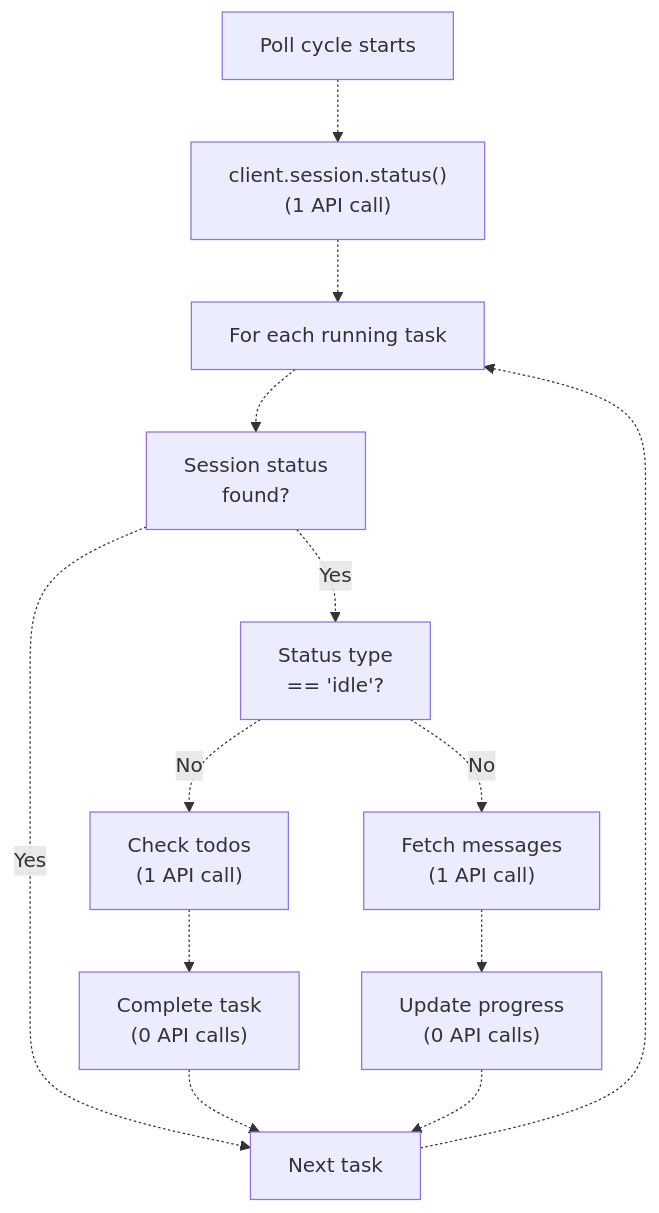
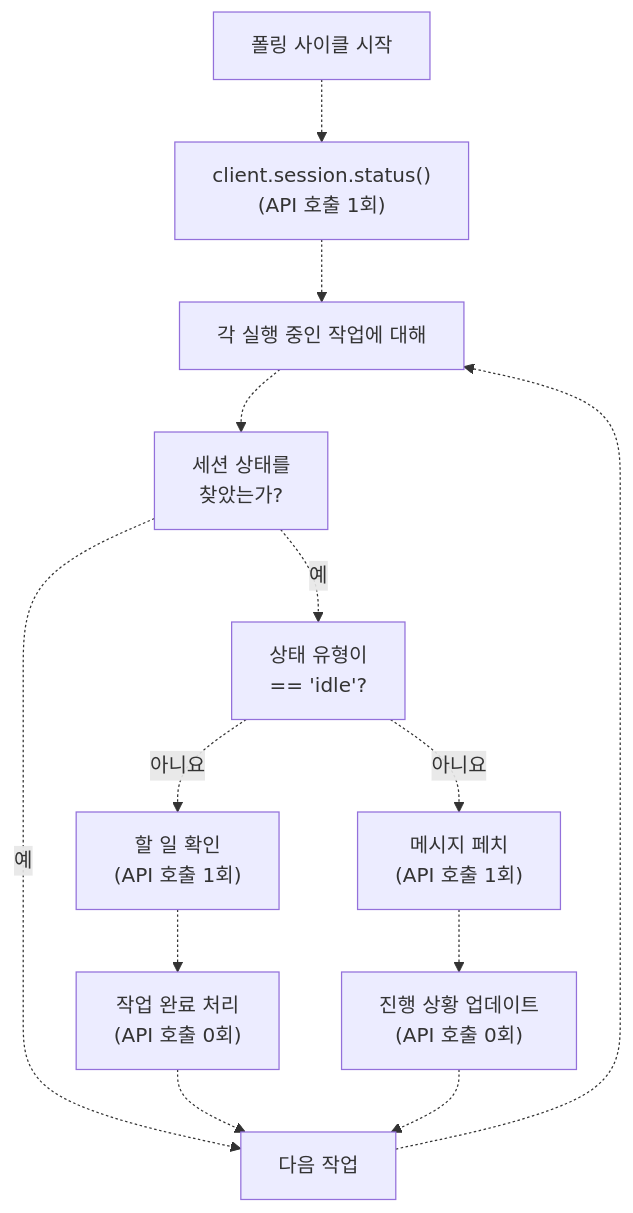
Before and after one commit to felipetruman/oh-my-opencode-docs: diagram 13 of 14 in docs/background-execution/task-execution-and-polling.md, drawn with Mermaid. The commit also changed other lines of this file and 76 other files, not shown here.

````diff
--- a/docs/background-execution/task-execution-and-polling.md
+++ b/docs/background-execution/task-execution-and-polling.md
@@ -512,27 +512,27 @@
 ```mermaid
 flowchart TD
 
-Start["Poll cycle starts"]
-StatusCall["client.session.status()<br>(1 API call)"]
-Loop["For each running task"]
-CheckStatus["Session status<br>found?"]
-CheckIdle["Status type<br>== 'idle'?"]
-IdlePath["Check todos<br>(1 API call)"]
-ActivePath["Fetch messages<br>(1 API call)"]
-Complete["Complete task<br>(0 API calls)"]
-Update["Update progress<br>(0 API calls)"]
-NextTask["Next task"]
+Start["폴링 사이클 시작"]
+StatusCall["client.session.status()<br>(API 호출 1회)"]
+Loop["각 실행 중인 작업에 대해"]
+CheckStatus["세션 상태를<br>찾았는가?"]
+CheckIdle["상태 유형이<br>== 'idle'?"]
+IdlePath["할 일 확인<br>(API 호출 1회)"]
+ActivePath["메시지 페치<br>(API 호출 1회)"]
+Complete["작업 완료 처리<br>(API 호출 0회)"]
+Update["진행 상황 업데이트<br>(API 호출 0회)"]
+NextTask["다음 작업"]
 
 Start -.-> StatusCall
 StatusCall -.-> Loop
 Loop -.-> CheckStatus
-CheckStatus -.->|"Yes"| NextTask
-CheckStatus -.->|"Yes"| CheckIdle
-CheckIdle -.->|"No"| IdlePath
-CheckIdle -.->|"No"| ActivePath
+CheckStatus -.->|"예"| NextTask
+CheckStatus -.->|"예"| CheckIdle
+CheckIdle -.->|"아니요"| IdlePath
+CheckIdle -.->|"아니요"| ActivePath
 IdlePath -.-> Complete
 ActivePath -.-> Update
 Complete -.-> NextTask
 Update -.-> NextTask
 NextTask -.-> Loop
 ```
````
